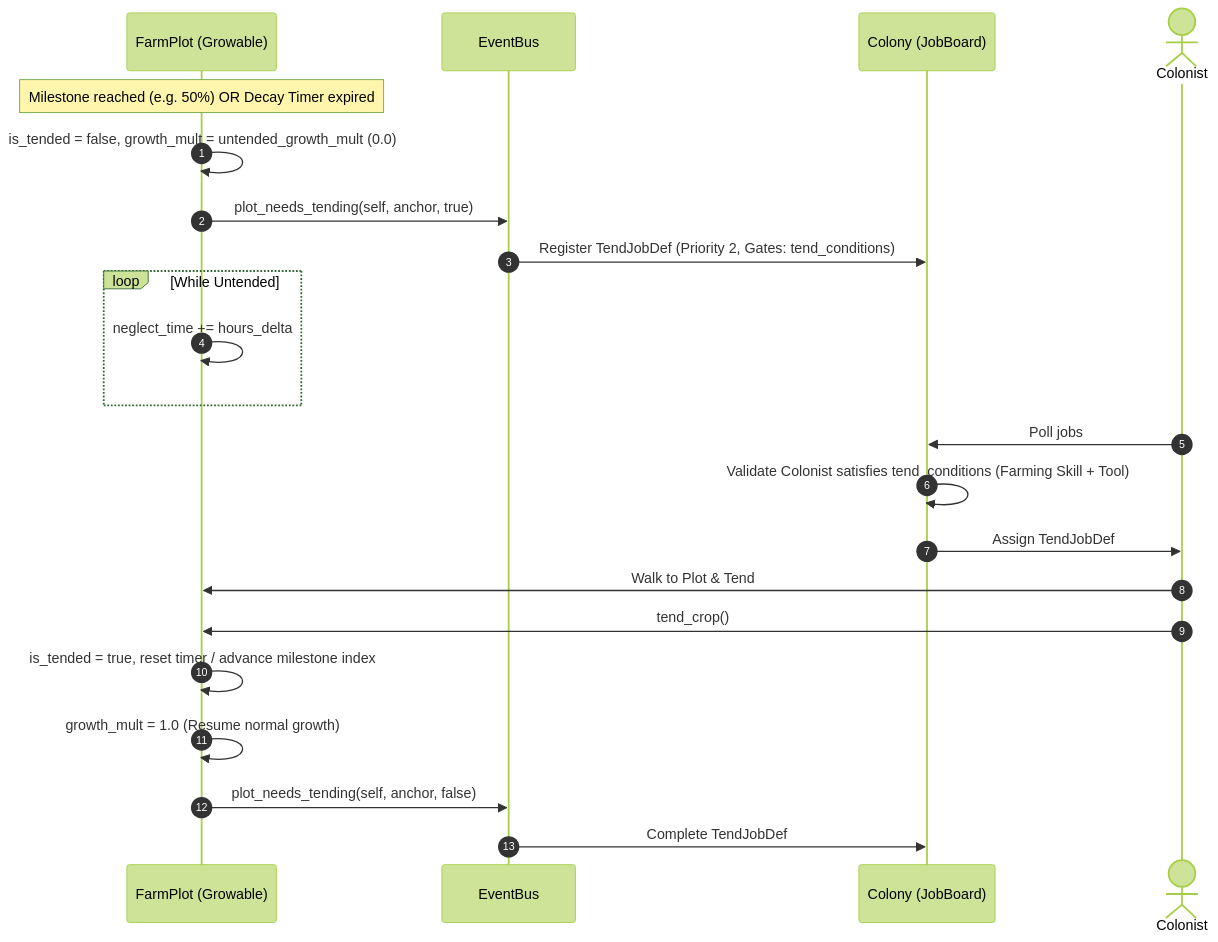
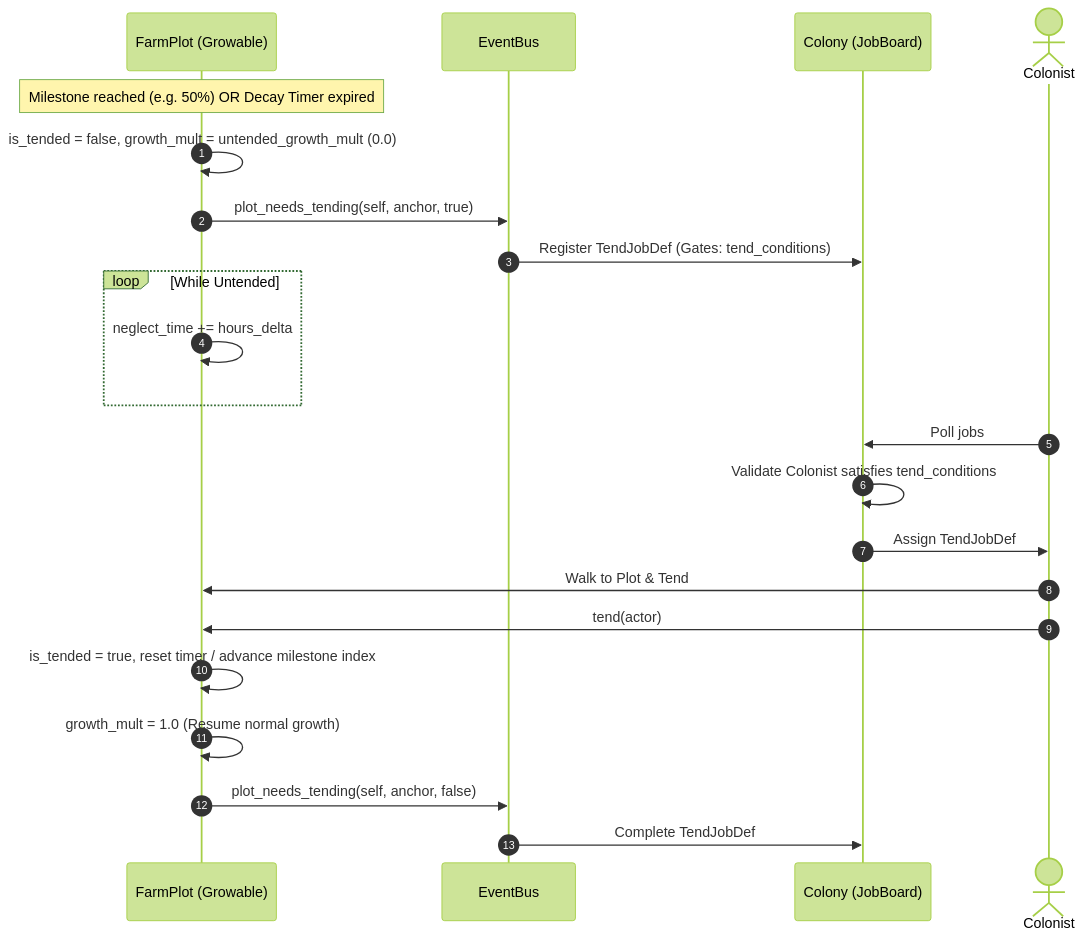
The fourth of 5 diagrams in docs/architecture/farming.md (gdgonzaga/vek-holdout), drawn with Mermaid (forest theme) before and after one commit. The commit also changed other lines of this file and 8 other files, not shown here.

````diff
--- a/docs/architecture/farming.md
+++ b/docs/architecture/farming.md
@@ -166,28 +166,28 @@
 ```mermaid
 sequenceDiagram
     autonumber
     participant Plot as FarmPlot (Growable)
     participant Bus as EventBus
     participant Board as Colony (JobBoard)
     actor Colonist
 
     Note over Plot: Milestone reached (e.g. 50%) OR Decay Timer expired
     Plot->>Plot: is_tended = false, growth_mult = untended_growth_mult (0.0)
     Plot->>Bus: plot_needs_tending(self, anchor, true)
-    Bus->>Board: Register TendJobDef (Priority 2, Gates: tend_conditions)
+    Bus->>Board: Register TendJobDef (Gates: tend_conditions)
 
     loop While Untended
         Plot->>Plot: neglect_time += hours_delta
     end
 
     Colonist->>Board: Poll jobs
-    Board->>Board: Validate Colonist satisfies tend_conditions (Farming Skill + Tool)
+    Board->>Board: Validate Colonist satisfies tend_conditions
     Board->>Colonist: Assign TendJobDef
     Colonist->>Plot: Walk to Plot & Tend
-    Colonist->>Plot: tend_crop()
+    Colonist->>Plot: tend(actor)
 
     Plot->>Plot: is_tended = true, reset timer / advance milestone index
     Plot->>Plot: growth_mult = 1.0 (Resume normal growth)
     Plot->>Bus: plot_needs_tending(self, anchor, false)
     Bus->>Board: Complete TendJobDef
 ```
````
